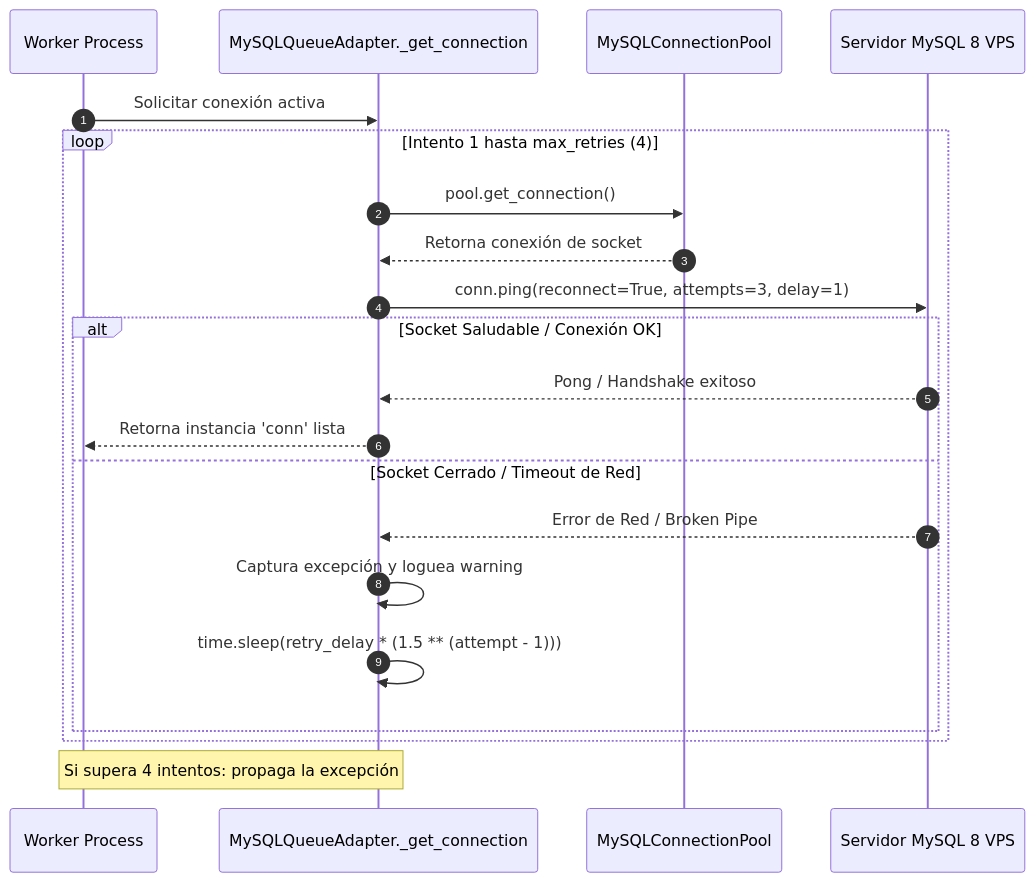
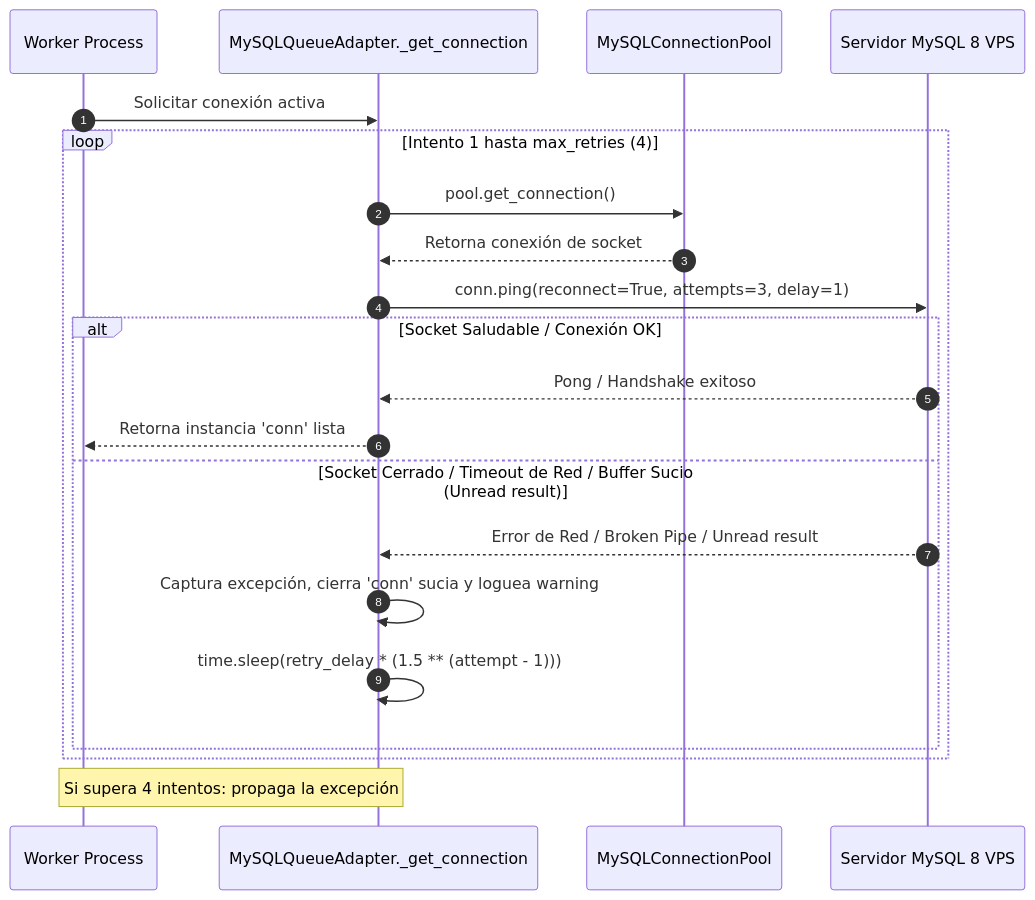
The first of 2 diagrams in docs/03_base_de_datos_y_colas/pool_conexiones_y_reintentos.md (CofradiaGS/scrapers-reg-no-llame), drawn with Mermaid before and after one commit. The commit also changed other lines of this file and 41 other files, not shown here.

````diff
--- a/docs/03_base_de_datos_y_colas/pool_conexiones_y_reintentos.md
+++ b/docs/03_base_de_datos_y_colas/pool_conexiones_y_reintentos.md
@@ -50,24 +50,24 @@
 ```mermaid
 sequenceDiagram
     autonumber
     participant W as Worker Process
     participant Adapter as MySQLQueueAdapter._get_connection
     participant Pool as MySQLConnectionPool
     participant MySQL as Servidor MySQL 8 VPS
 
     W->>Adapter: Solicitar conexión activa
     loop Intento 1 hasta max_retries (4)
         Adapter->>Pool: pool.get_connection()
         Pool-->>Adapter: Retorna conexión de socket
         Adapter->>MySQL: conn.ping(reconnect=True, attempts=3, delay=1)
         alt Socket Saludable / Conexión OK
             MySQL-->>Adapter: Pong / Handshake exitoso
             Adapter-->>W: Retorna instancia 'conn' lista
-        else Socket Cerrado / Timeout de Red
-            MySQL-->>Adapter: Error de Red / Broken Pipe
-            Adapter->>Adapter: Captura excepción y loguea warning
+        else Socket Cerrado / Timeout de Red / Buffer Sucio (Unread result)
+            MySQL-->>Adapter: Error de Red / Broken Pipe / Unread result
+            Adapter->>Adapter: Captura excepción, cierra 'conn' sucia y loguea warning
             Adapter->>Adapter: time.sleep(retry_delay * (1.5 ** (attempt - 1)))
         end
     end
     Note over Adapter, W: Si supera 4 intentos: propaga la excepción
 ```
````
